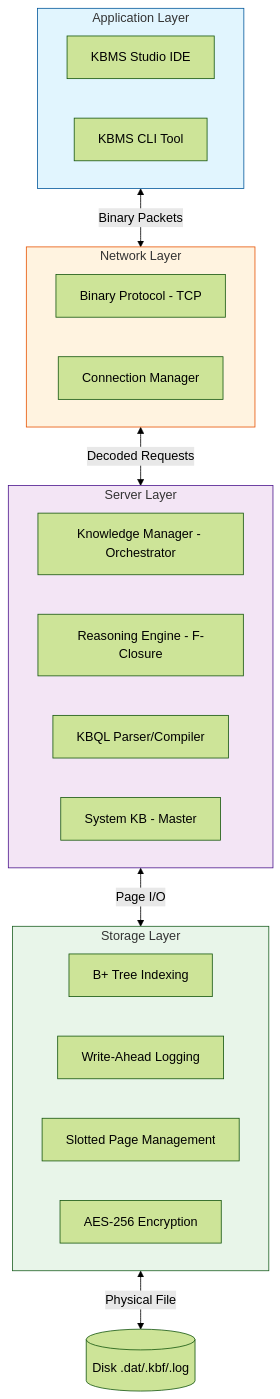
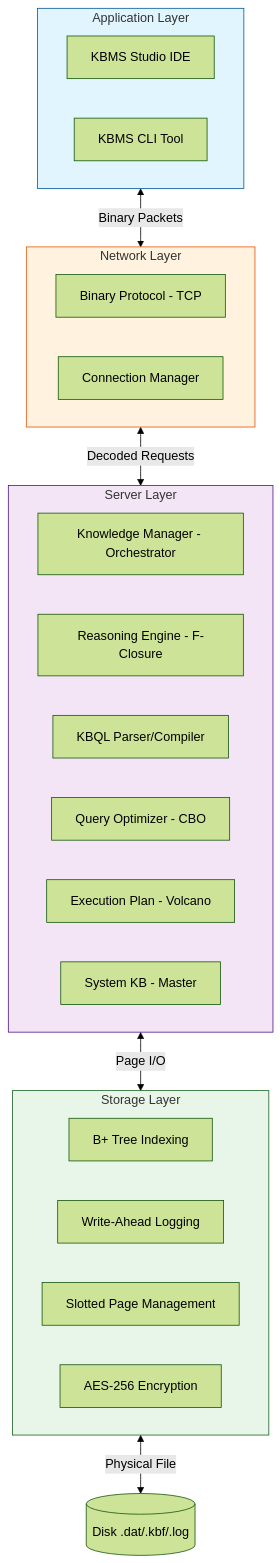
One commit to tranphat1506/KBMS changed the diagram in docs/assets/diagrams/kbms_4_tier_architecture.mmd. Above: the diagram before and after it, drawn with Mermaid (forest theme). The commit also changed 115 other files, not shown here.

```diff
--- a/docs/assets/diagrams/kbms_4_tier_architecture.mmd
+++ b/docs/assets/diagrams/kbms_4_tier_architecture.mmd
@@ -1,34 +1,36 @@
 graph TD
     subgraph AL [Application Layer]
         Studio[KBMS Studio IDE]
         CLI[KBMS CLI Tool]
     end
 
     subgraph NL [Network Layer]
         BP[Binary Protocol - TCP]
         CM[Connection Manager]
     end
 
     subgraph SL [Server Layer]
         KM[Knowledge Manager - Orchestrator]
         RE[Reasoning Engine - F-Closure]
         Parser[KBQL Parser/Compiler]
+        Opt[Query Optimizer - CBO]
+        EP[Execution Plan - Volcano]
         SysKB[System KB - Master]
     end
 
     subgraph ST [Storage Layer]
         Bplus[B+ Tree Indexing]
         WAL[Write-Ahead Logging]
         SP[Slotted Page Management]
         Enc[AES-256 Encryption]
     end
 
     AL <-->|Binary Packets| NL
     NL <-->|Decoded Requests| SL
     SL <-->|Page I/O| ST
     ST <-->|Physical File| Disk[(Disk .dat/.kbf/.log)]
 
     style AL fill:#e1f5fe,stroke:#01579b
     style NL fill:#fff3e0,stroke:#e65100
     style SL fill:#f3e5f5,stroke:#4a148c
     style ST fill:#e8f5e9,stroke:#1b5e20
```
